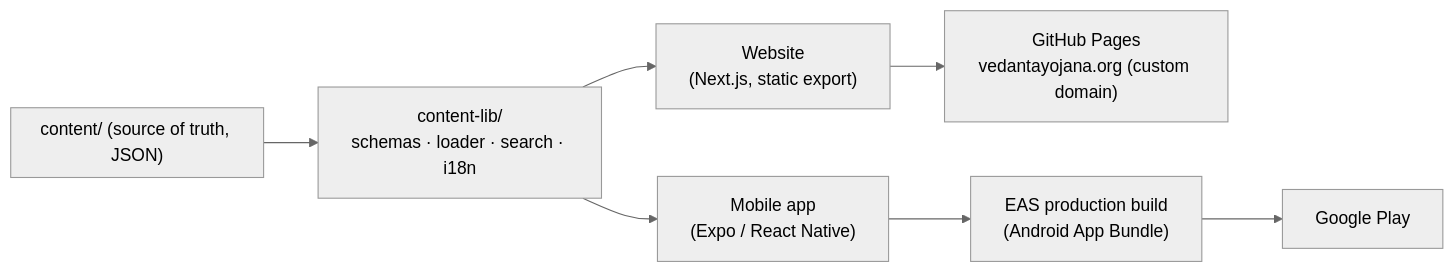
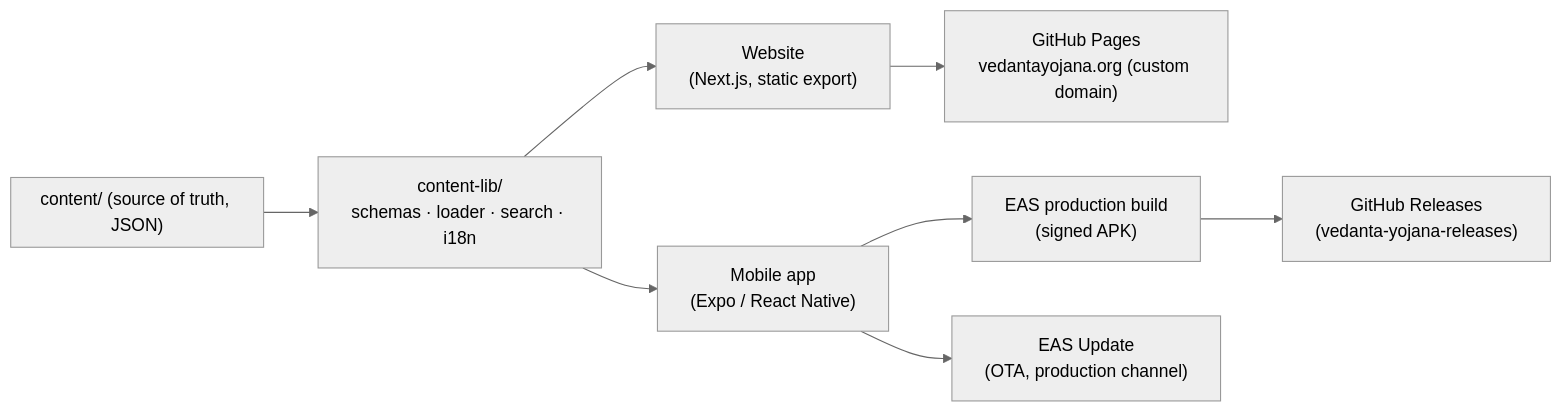
One commit to slnwriteups/vedanta-yojana-source changed the first of 2 diagrams in docs/DEVELOPMENT.md. Above: the diagram before and after it, drawn with Mermaid (neutral theme). The commit also changed other lines of this file and 7 other files, not shown here.

First line of the commit message:
docs: Android is distributed only on GitHub, not Google Play

````diff
--- a/docs/DEVELOPMENT.md
+++ b/docs/DEVELOPMENT.md
@@ -73,11 +73,12 @@
 ```mermaid
 flowchart LR
     subgraph Source["content/ (source of truth, JSON)"]
     end
     Source --> Lib["content-lib/\nschemas · loader · search · i18n"]
     Lib --> Web["Website\n(Next.js, static export)"]
     Lib --> Mobile["Mobile app\n(Expo / React Native)"]
     Web --> Pages["GitHub Pages\nvedantayojana.org (custom domain)"]
-    Mobile --> Build["EAS production build\n(Android App Bundle)"]
-    Build --> Release["Google Play"]
+    Mobile --> Build["EAS production build\n(signed APK)"]
+    Build --> Release["GitHub Releases\n(vedanta-yojana-releases)"]
+    Mobile --> OTA["EAS Update\n(OTA, production channel)"]
 ```
````
